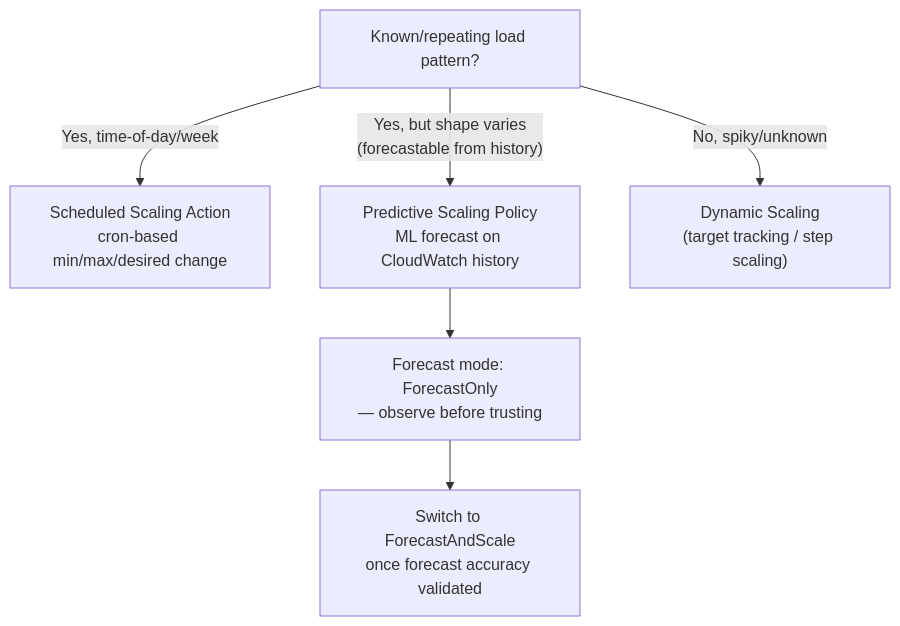
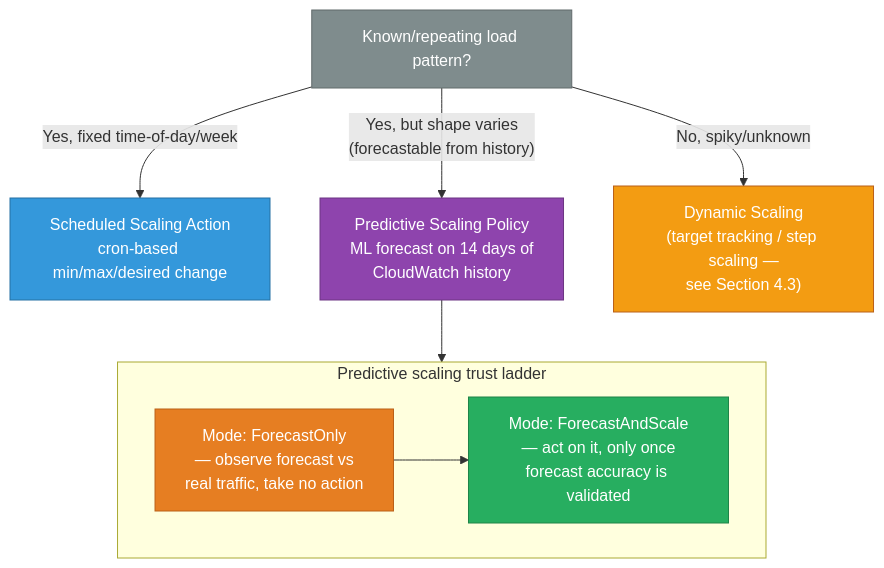
One commit to deepanshu-rawat6/DevOpsIndex changed the fifth of 8 diagrams in sre/scenarios-scheduling-scaling.md. Above: the diagram before and after it, drawn with Mermaid. The commit also changed other lines of this file and 10 other files, not shown here.

````diff
--- a/sre/scenarios-scheduling-scaling.md
+++ b/sre/scenarios-scheduling-scaling.md
@@ -321,8 +514,21 @@
 ```mermaid
 flowchart TD
-    A["Known/repeating load pattern?"] -->|"Yes, time-of-day/week"| B["Scheduled Scaling Action<br/>cron-based min/max/desired change"]
-    A -->|"Yes, but shape varies<br/>(forecastable from history)"| C["Predictive Scaling Policy<br/>ML forecast on CloudWatch history"]
-    A -->|"No, spiky/unknown"| D["Dynamic Scaling<br/>(target tracking / step scaling)"]
-    C --> E["Forecast mode: ForecastOnly<br/>— observe before trusting"]
-    E --> F["Switch to ForecastAndScale<br/>once forecast accuracy validated"]
+    classDef question fill:#7f8c8d,stroke:#616a6b,color:#fff
+    classDef scheduled fill:#3498db,stroke:#2471a3,color:#fff
+    classDef predictive fill:#8e44ad,stroke:#6c3483,color:#fff
+    classDef dynamic fill:#f39c12,stroke:#ba6018,color:#fff
+    classDef caution fill:#e67e22,stroke:#ba6018,color:#fff
+    classDef good fill:#27ae60,stroke:#1e8449,color:#fff
+
+    A["Known/repeating load pattern?"]:::question -->|"Yes, fixed time-of-day/week"| B["Scheduled Scaling Action<br/>cron-based min/max/desired change"]:::scheduled
+    A -->|"Yes, but shape varies<br/>(forecastable from history)"| C["Predictive Scaling Policy<br/>ML forecast on 14 days of<br/>CloudWatch history"]:::predictive
+    A -->|"No, spiky/unknown"| D["Dynamic Scaling<br/>(target tracking / step scaling —<br/>see Section 4.3)"]:::dynamic
+
+    subgraph ROLLOUT["Predictive scaling trust ladder"]
+        direction LR
+        E["Mode: ForecastOnly<br/>— observe forecast vs<br/>real traffic, take no action"]:::caution
+        F["Mode: ForecastAndScale<br/>— act on it, only once<br/>forecast accuracy is validated"]:::good
+        E --> F
+    end
+    C --> ROLLOUT
 ```
````
